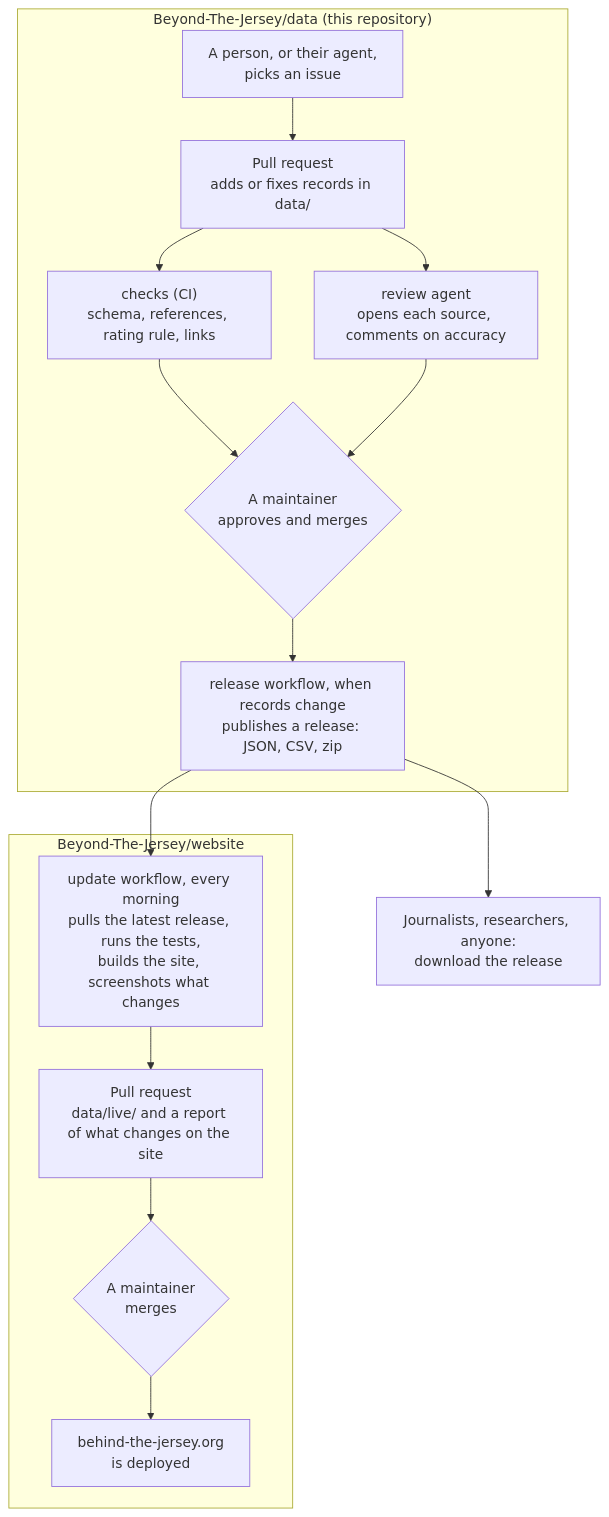
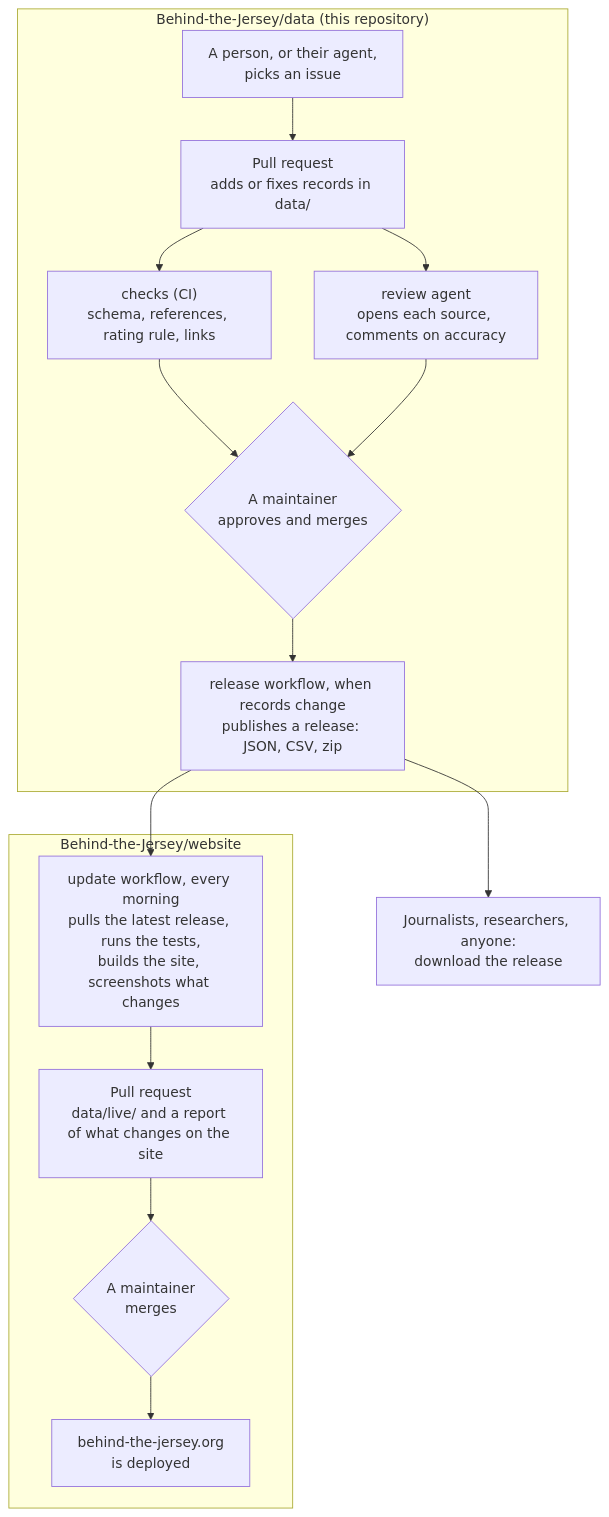
One commit to Behind-the-Jersey/data changed the diagram in README.md. Above: the diagram before and after it, drawn with Mermaid. The commit also changed other lines of this file and 37 other files, not shown here.

First line of the commit message:
Rename the GitHub organisation: Behind-the-Jersey

````diff
--- a/README.md
+++ b/README.md
@@ -11,19 +11,19 @@
 ```mermaid
 flowchart TB
-  subgraph data["Beyond-The-Jersey/data (this repository)"]
+  subgraph data["Behind-the-Jersey/data (this repository)"]
     A["A person, or their agent,<br/>picks an issue"] --> B["Pull request<br/>adds or fixes records in data/"]
     B --> C["checks (CI)<br/>schema, references, rating rule, links"]
     B --> D["review agent<br/>opens each source, comments on accuracy"]
     C --> E{"A maintainer<br/>approves and merges"}
     D --> E
     E --> F["release workflow, when records change<br/>publishes a release: JSON, CSV, zip"]
   end
   F --> G["Journalists, researchers, anyone:<br/>download the release"]
-  subgraph web["Beyond-The-Jersey/website"]
+  subgraph web["Behind-the-Jersey/website"]
     H["update workflow, every morning<br/>pulls the latest release, runs the tests,<br/>builds the site, screenshots what changes"]
     H --> I["Pull request<br/>data/live/ and a report of what changes on the site"]
     I --> J{"A maintainer<br/>merges"}
     J --> K["behind-the-jersey.org<br/>is deployed"]
   end
   F --> H
 ```
````
